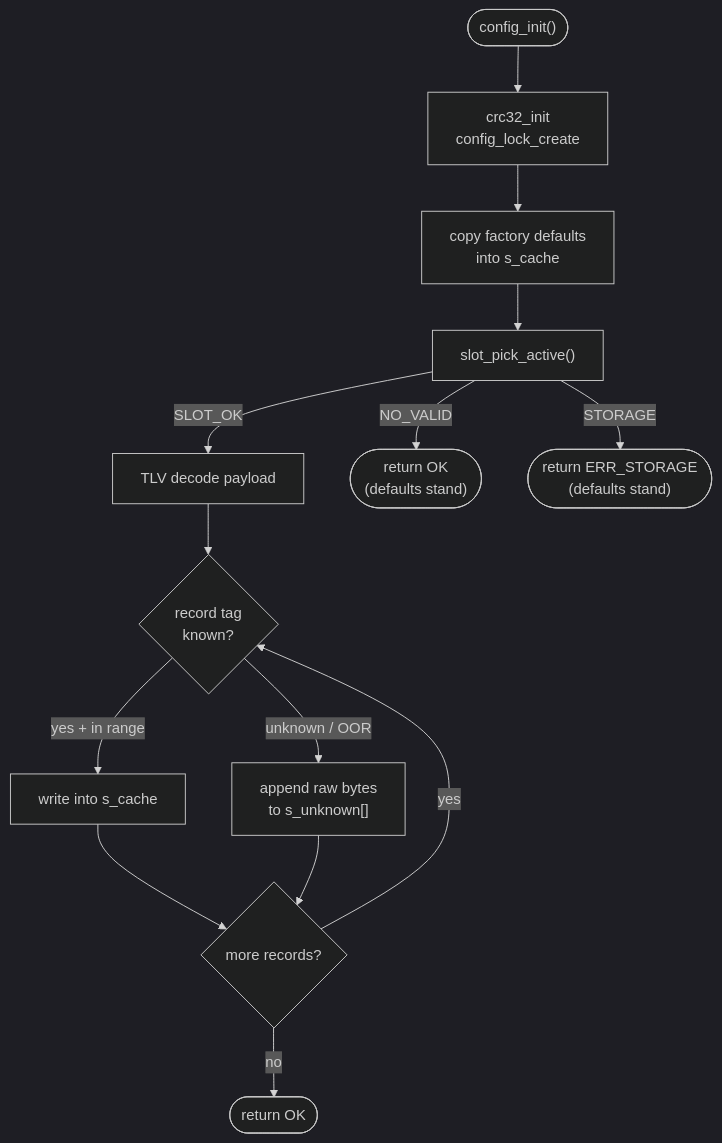
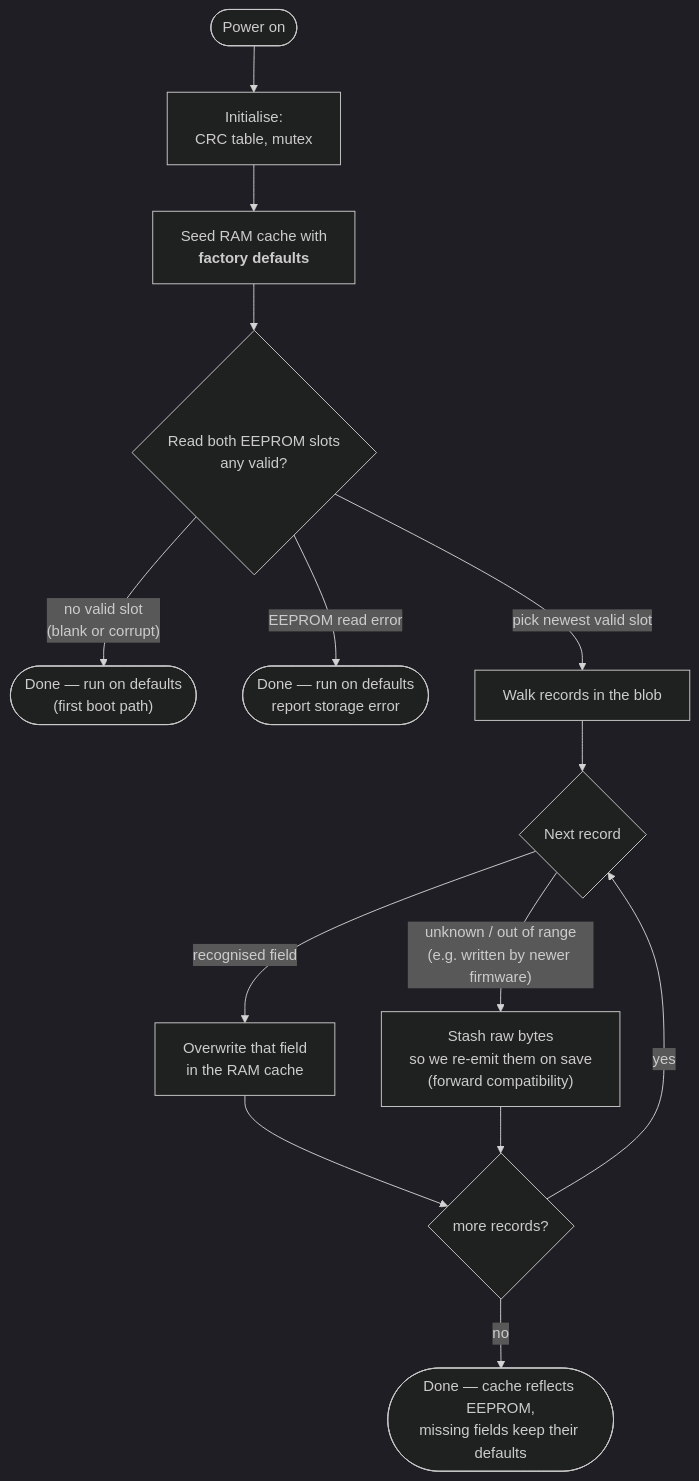
The second of 4 diagrams in docs/DESIGN.md (JakubMini/config-wp), drawn with Mermaid (dark theme) before and after one commit. The commit also changed other lines of this file and 8 other files, not shown here.

````diff
--- a/docs/DESIGN.md
+++ b/docs/DESIGN.md
@@ -39,16 +52,18 @@
 ```mermaid
 flowchart TD
-    Start(["config_init()"]) --> CrcInit["crc32_init<br/>config_lock_create"]
-    CrcInit --> LoadDef["copy factory defaults<br/>into s_cache"]
-    LoadDef --> Pick["slot_pick_active()"]
-    Pick -->|"SLOT_OK"| Decode["TLV decode payload"]
-    Pick -->|"NO_VALID"| OkDef(["return OK<br/>(defaults stand)"])
-    Pick -->|"STORAGE"| ErrSt(["return ERR_STORAGE<br/>(defaults stand)"])
-    Decode --> Classify{"record tag<br/>known?"}
-    Classify -->|"yes + in range"| Cache["write into s_cache"]
-    Classify -->|"unknown / OOR"| Unk["append raw bytes<br/>to s_unknown[]"]
-    Cache --> Next{"more records?"}
-    Unk --> Next
-    Next -->|"yes"| Classify
-    Next -->|"no"| OkLoaded(["return OK"])
+    Start(["Power on"]) --> Init["Initialise:<br/>CRC table, mutex"]
+    Init --> Defaults["Seed RAM cache with<br/><b>factory defaults</b>"]
+    Defaults --> Pick{"Read both EEPROM slots<br/>any valid?"}
+
+    Pick -->|"no valid slot<br/>(blank or corrupt)"| Done1(["Done — run on defaults<br/>(first boot path)"])
+    Pick -->|"EEPROM read error"| Done2(["Done — run on defaults<br/>report storage error"])
+    Pick -->|"pick newest valid slot"| Parse["Walk records in the blob"]
+
+    Parse --> Rec{"Next record"}
+    Rec -->|"recognised field"| Apply["Overwrite that field<br/>in the RAM cache"]
+    Rec -->|"unknown / out of range<br/>(e.g. written by newer firmware)"| Keep["Stash raw bytes<br/>so we re-emit them on save<br/>(forward compatibility)"]
+    Apply --> More{"more records?"}
+    Keep --> More
+    More -->|"yes"| Rec
+    More -->|"no"| Done3(["Done — cache reflects EEPROM,<br/>missing fields keep their defaults"])
 ```
````
